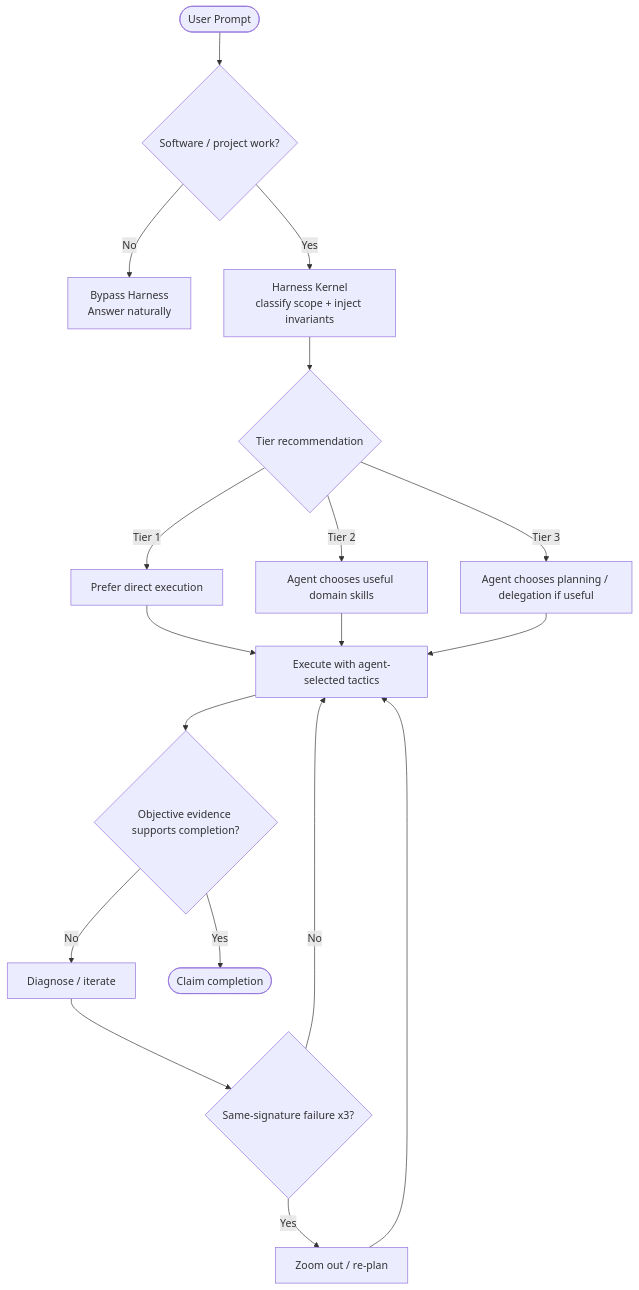
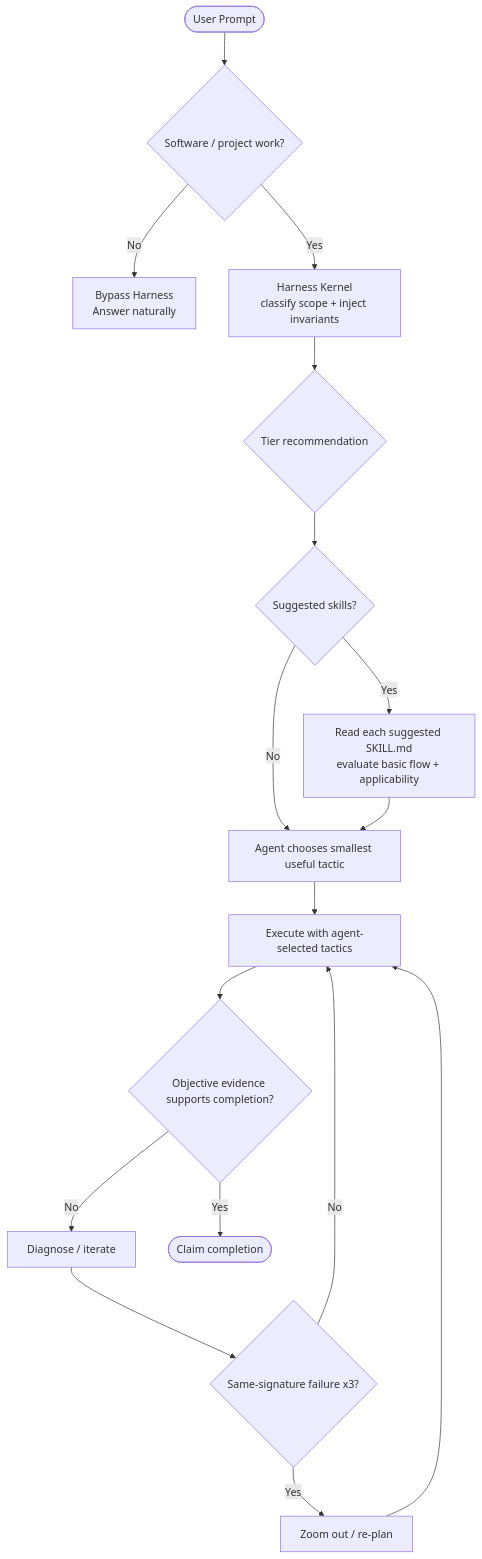
Before and after one commit to dyphn1/Harness-everything: the first of 2 diagrams in plugins/harness-everything/skills/harness-everything/references/triage-and-tiers.md, drawn with Mermaid. The commit also changed other lines of this file and 16 other files, not shown here.

First line of the commit message:
feat(router): require evaluation before skipping suggested skills (#140)

````diff
--- a/plugins/harness-everything/skills/harness-everything/references/triage-and-tiers.md
+++ b/plugins/harness-everything/skills/harness-everything/references/triage-and-tiers.md
@@ -9,20 +9,19 @@
 ```mermaid
 flowchart TD
     U([User Prompt]) --> S{Software / project work?}
     S -- No --> B[Bypass Harness<br/>Answer naturally]
     S -- Yes --> K[Harness Kernel<br/>classify scope + inject invariants]
     K --> T{Tier recommendation}
-    T -- Tier 1 --> A1[Prefer direct execution]
-    T -- Tier 2 --> A2[Agent chooses useful domain skills]
-    T -- Tier 3 --> A3[Agent chooses planning / delegation if useful]
-    A1 --> E[Execute with agent-selected tactics]
-    A2 --> E
-    A3 --> E
+    T --> G{Suggested skills?}
+    G -- Yes --> R[Read each suggested SKILL.md<br/>evaluate basic flow + applicability]
+    G -- No --> C[Agent chooses smallest useful tactic]
+    R --> C
+    C --> E[Execute with agent-selected tactics]
     E --> V{Objective evidence supports completion?}
-    V -- No --> R[Diagnose / iterate]
-    R --> F{Same-signature failure x3?}
+    V -- No --> D[Diagnose / iterate]
+    D --> F{Same-signature failure x3?}
     F -- No --> E
     F -- Yes --> Z[Zoom out / re-plan]
     Z --> E
-    V -- Yes --> D([Claim completion])
+    V -- Yes --> O([Claim completion])
 ```
````
